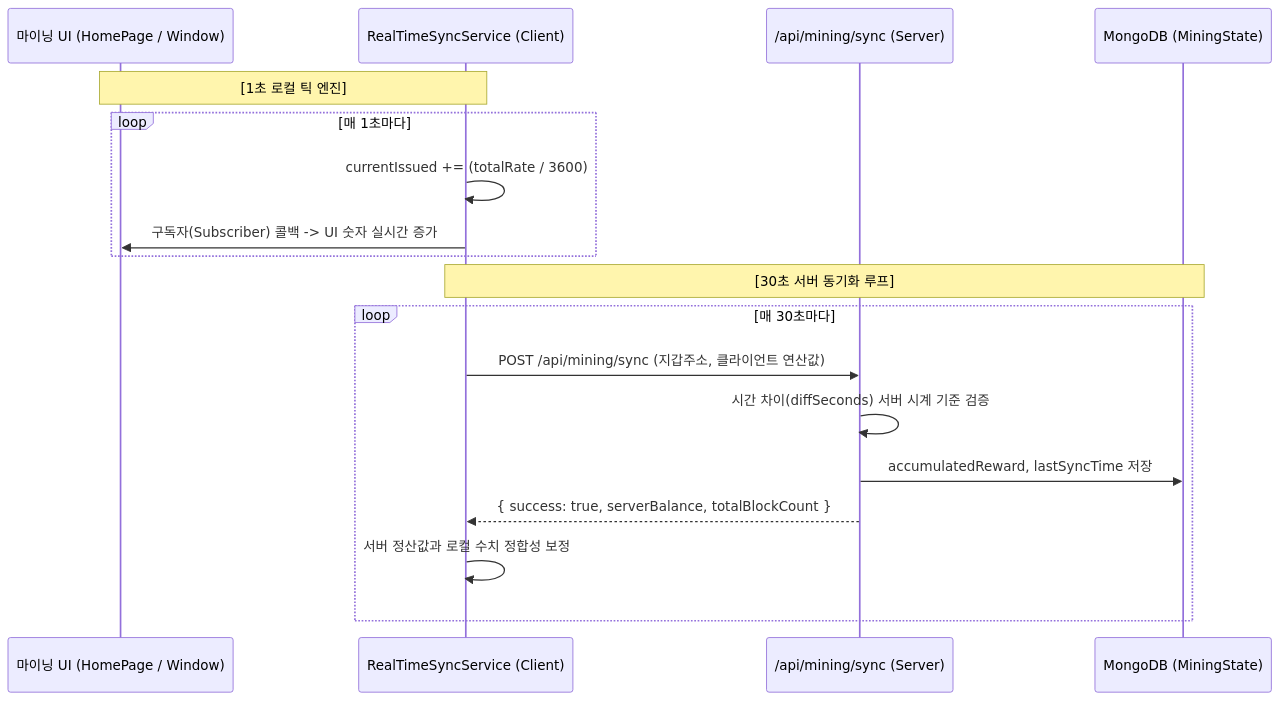
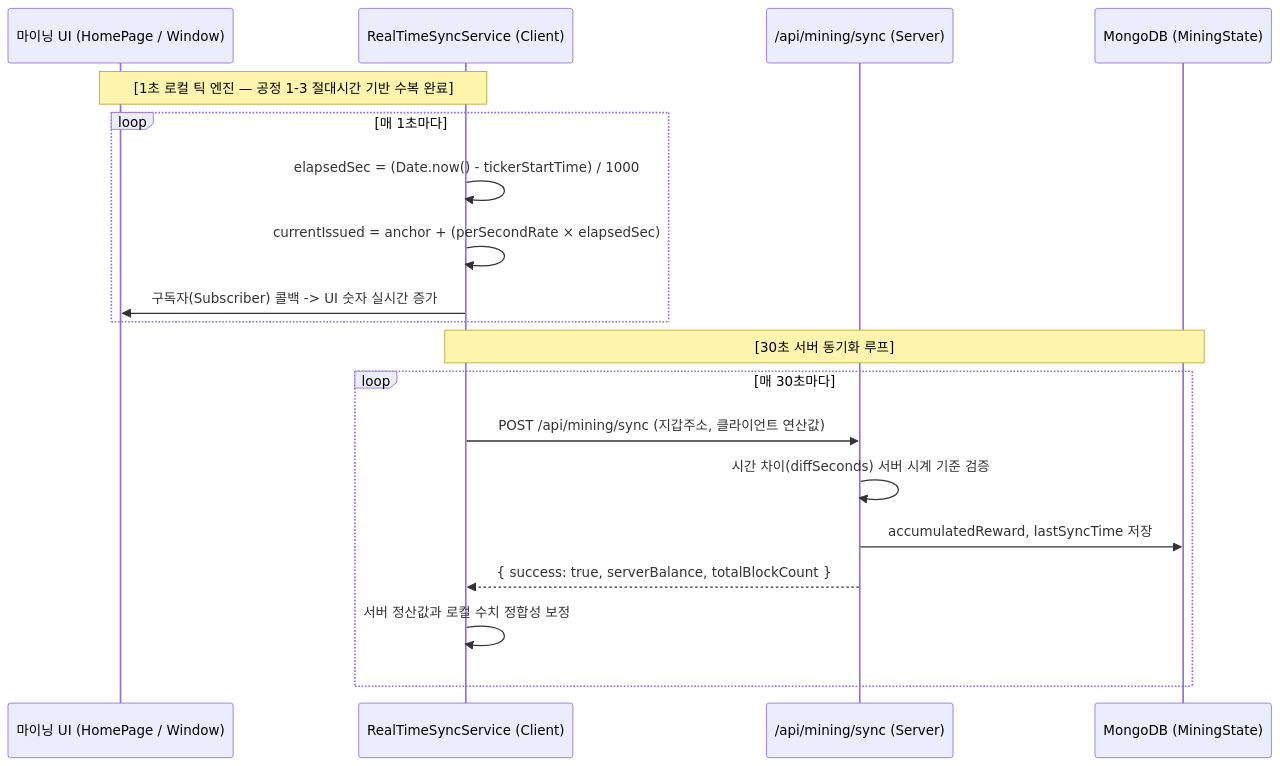
The diagram in BitWishNetwork_Project_Reports/2026-11-21_New 각 기능 시스템별 기술 명세서 보관함/20261121_최종정립_03_실시간_틱_채굴_및_다중_부스트_엔진_기술명세서.md (jamsilpa77/BitWishNetwork_BlockChain_BW), drawn with Mermaid before and after one commit. The commit also changed other lines of this file and 17 other files, not shown here.

````diff
--- a/BitWishNetwork_Project_Reports/2026-11-21_New 각 기능 시스템별 기술 명세서 보관함/20261121_최종정립_03_실시간_틱_채굴_및_다중_부스트_엔진_기술명세서.md
+++ b/BitWishNetwork_Project_Reports/2026-11-21_New 각 기능 시스템별 기술 명세서 보관함/20261121_최종정립_03_실시간_틱_채굴_및_다중_부스트_엔진_기술명세서.md
@@ -35,22 +46,23 @@
 ```mermaid
 sequenceDiagram
     participant UI as 마이닝 UI (HomePage / Window)
     participant Sync as RealTimeSyncService (Client)
     participant API as /api/mining/sync (Server)
     participant DB as MongoDB (MiningState)
 
-    Note over UI,Sync: [1초 로컬 틱 엔진]
+    Note over UI,Sync: [1초 로컬 틱 엔진 — 공정 1-3 절대시간 기반 수복 완료]
     loop 매 1초마다
-        Sync->>Sync: currentIssued += (totalRate / 3600)
+        Sync->>Sync: elapsedSec = (Date.now() - tickerStartTime) / 1000
+        Sync->>Sync: currentIssued = anchor + (perSecondRate × elapsedSec)
         Sync->>UI: 구독자(Subscriber) 콜백 -> UI 숫자 실시간 증가
     end
 
     Note over Sync,DB: [30초 서버 동기화 루프]
     loop 매 30초마다
         Sync->>API: POST /api/mining/sync (지갑주소, 클라이언트 연산값)
         API->>API: 시간 차이(diffSeconds) 서버 시계 기준 검증
         API->>DB: accumulatedReward, lastSyncTime 저장
         API-->>Sync: { success: true, serverBalance, totalBlockCount }
         Sync->>Sync: 서버 정산값과 로컬 수치 정합성 보정
     end
 ```
````
